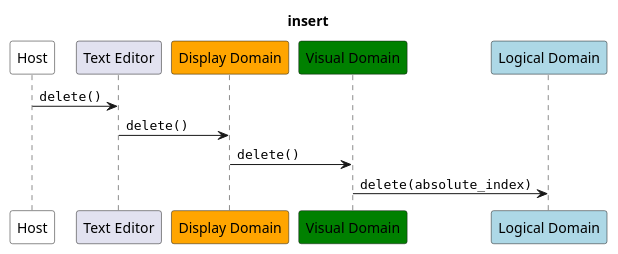
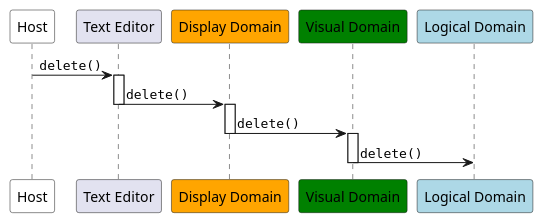
Before and after one commit to JoeRittiner/TextEngine: the diagram in docs/source/specs/architecture/diagrams/seq_delete.puml, drawn with PlantUML. The commit also changed 12 other files, not shown here.

First line of the commit message:
doc: Update the index and main diagrams.

```diff
--- a/docs/source/specs/architecture/diagrams/seq_delete.puml
+++ b/docs/source/specs/architecture/diagrams/seq_delete.puml
@@ -1,20 +1,22 @@
 @startuml
-
-title insert
 
 participant Host as App #white
 participant "Text Editor" as Facade
 participant "Display Domain" as DD #orange
 participant "Visual Domain" as VD #green
 participant "Logical Domain" as LD #lightblue
 
 
 App -> Facade : ""delete()""
+activate Facade
 Facade -> DD : ""delete()""
+deactivate Facade
+activate DD
 DD -> VD : ""delete()""
-VD -> LD : ""delete(absolute_index)""
-
 deactivate DD
+activate VD
+VD -> LD : ""delete()""
+deactivate VD
 
 
 @enduml
```
